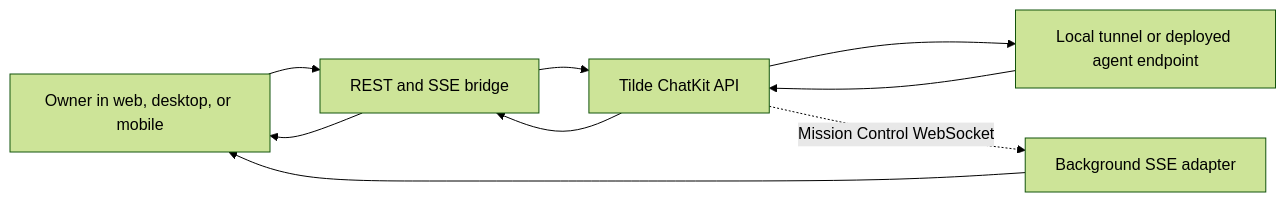
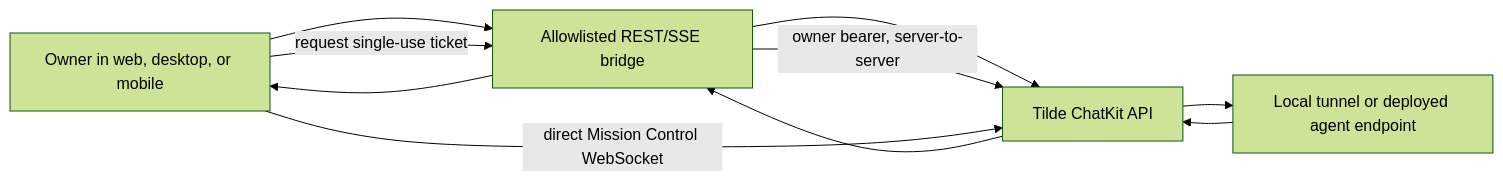
One commit to trytilde/dispatch changed the diagram in docs/adrs/0014-owner-chat-control-api.md. Above: the diagram before and after it, drawn with Mermaid (forest theme). The commit also changed other lines of this file and 51 other files, not shown here.

````diff
--- a/docs/adrs/0014-owner-chat-control-api.md
+++ b/docs/adrs/0014-owner-chat-control-api.md
@@ -39,11 +45,12 @@
 ```mermaid
 flowchart LR
-  O["Owner in web, desktop, or mobile"] --> C["REST and SSE bridge"]
+  O["Owner in web, desktop, or mobile"] --> C["Allowlisted REST/SSE bridge"]
   C --> T["Tilde ChatKit API"]
   T --> A["Local tunnel or deployed agent endpoint"]
   A --> T
   T --> C
   C --> O
-  T -. "Mission Control WebSocket" .-> B["Background SSE adapter"]
-  B --> O
+  O -->|"request single-use ticket"| C
+  C -->|"owner bearer, server-to-server"| T
+  O -->|"direct Mission Control WebSocket"| T
 ```
````
